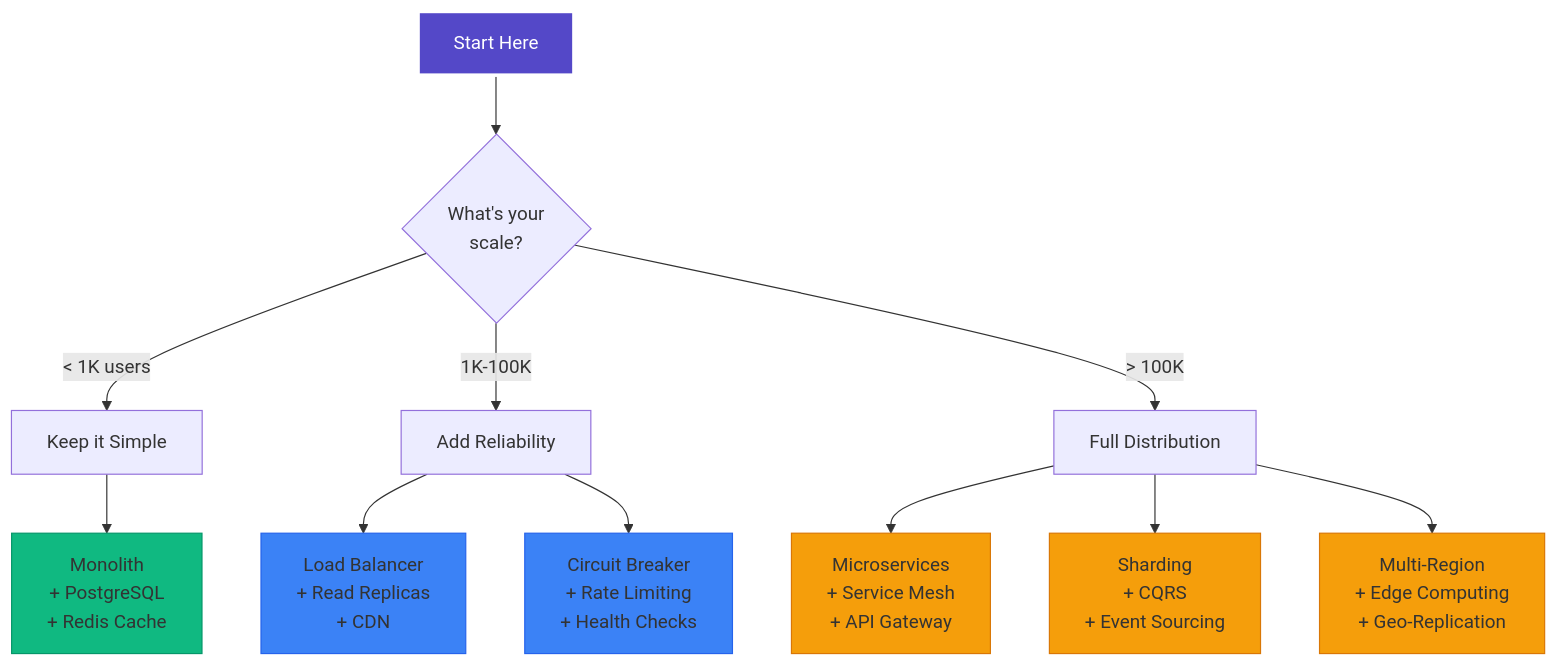
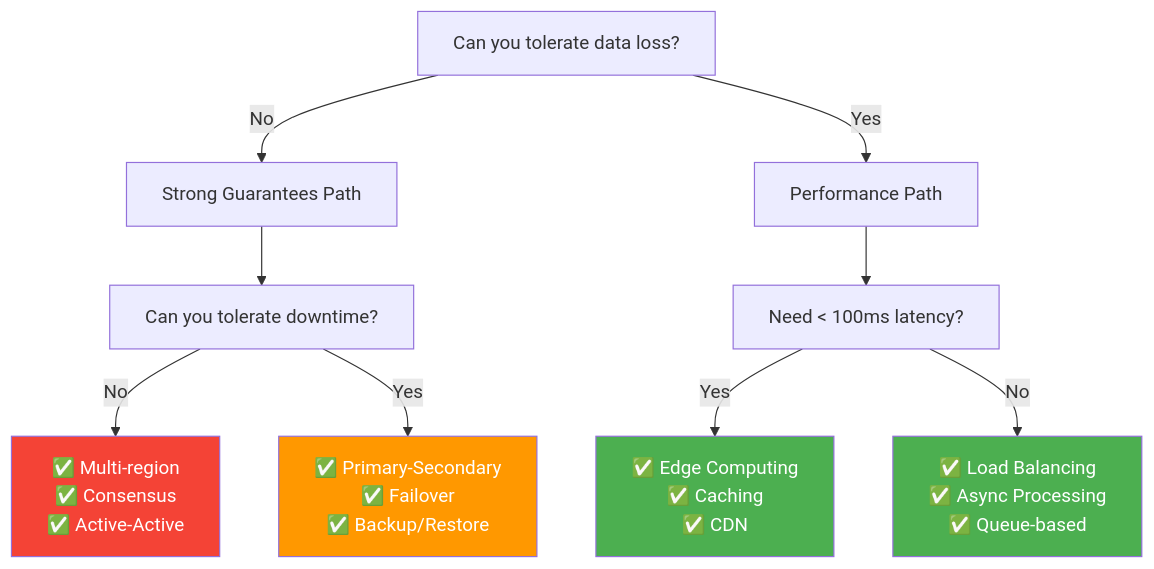
One commit to deepaucksharma/DStudio changed the sixth of 6 diagrams in docs/patterns/pattern-selector-tool.md. Above: the diagram before and after it, drawn with Mermaid. The commit also changed other lines of this file and 86 other files, not shown here.

````diff
--- a/docs/patterns/pattern-selector-tool.md
+++ b/docs/patterns/pattern-selector-tool.md
@@ -372,25 +223,18 @@
 ```mermaid
 graph TD
-    Start[Start Here] --> Scale{What's your<br/>scale?}
+    Q1[Can you tolerate data loss?] -->|No| StrongPath[Strong Guarantees Path]
+    Q1 -->|Yes| EventualPath[Performance Path]
     
-    Scale -->|< 1K users| Small[Keep it Simple]
-    Scale -->|1K-100K| Medium[Add Reliability]
-    Scale -->|> 100K| Large[Full Distribution]
+    StrongPath --> Q2[Can you tolerate downtime?]
+    Q2 -->|No| HighAvail[✅ Multi-region<br/>✅ Consensus<br/>✅ Active-Active]
+    Q2 -->|Yes| SimpleStrong[✅ Primary-Secondary<br/>✅ Failover<br/>✅ Backup/Restore]
     
-    Small --> S1[Monolith<br/>+ PostgreSQL<br/>+ Redis Cache]
+    EventualPath --> Q3[Need < 100ms latency?]
+    Q3 -->|Yes| LowLatency[✅ Edge Computing<br/>✅ Caching<br/>✅ CDN]
+    Q3 -->|No| StandardPerf[✅ Load Balancing<br/>✅ Async Processing<br/>✅ Queue-based]
     
-    Medium --> M1[Load Balancer<br/>+ Read Replicas<br/>+ CDN]
-    Medium --> M2[Circuit Breaker<br/>+ Rate Limiting<br/>+ Health Checks]
-    
-    Large --> L1[Microservices<br/>+ Service Mesh<br/>+ API Gateway]
-    Large --> L2[Sharding<br/>+ CQRS<br/>+ Event Sourcing]
-    Large --> L3[Multi-Region<br/>+ Edge Computing<br/>+ Geo-Replication]
-    
-    style Start fill:#5448C8,stroke:#fff,stroke-width:3px,color:#fff
-    style S1 fill:#10b981,stroke:#059669
-    style M1 fill:#3b82f6,stroke:#2563eb
-    style M2 fill:#3b82f6,stroke:#2563eb
-    style L1 fill:#f59e0b,stroke:#d97706
-    style L2 fill:#f59e0b,stroke:#d97706
-    style L3 fill:#f59e0b,stroke:#d97706
+    style HighAvail fill:#F44336,color:#fff
+    style SimpleStrong fill:#FF9800,color:#fff
+    style LowLatency fill:#4CAF50,color:#fff
+    style StandardPerf fill:#4CAF50,color:#fff
 ```
````
